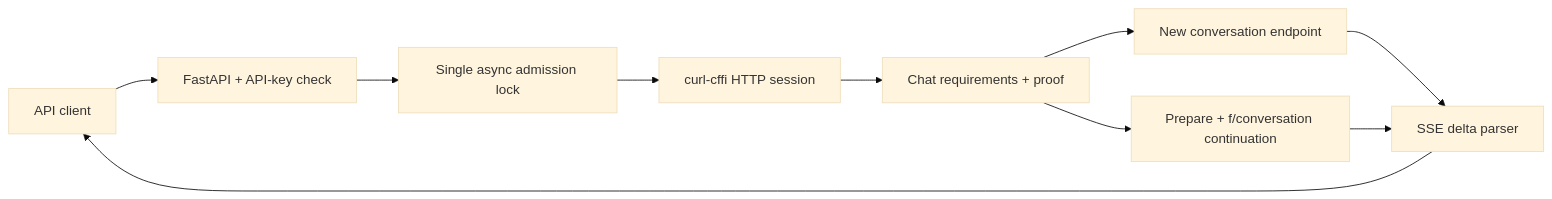
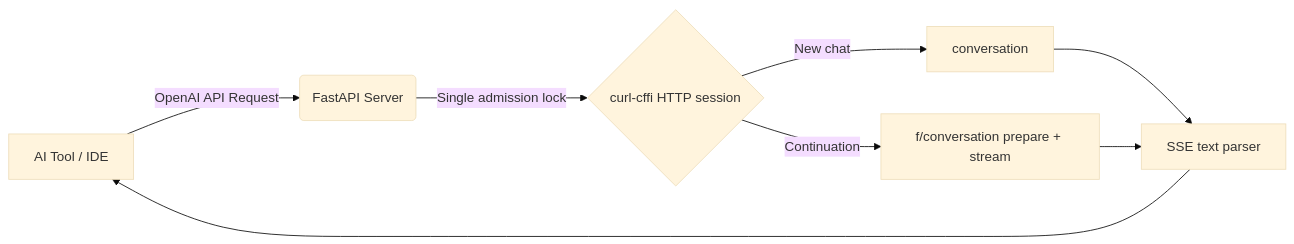
Before and after one commit to yutuknown/codex-auth: the diagram in README.md, drawn with Mermaid (base theme). The commit also changed other lines of this file and 4 other files, not shown here.

````diff
--- a/README.md
+++ b/README.md
@@ -79,12 +144,10 @@
 ```mermaid
-flowchart LR
-    C[API client] --> A[FastAPI + API-key check]
-    A --> L[Single async admission lock]
-    L --> H[curl-cffi HTTP session]
-    H --> S[Chat requirements + proof]
-    S --> N[New conversation endpoint]
-    S --> P[Prepare + f/conversation continuation]
-    N --> E[SSE delta parser]
-    P --> E
-    E --> C
+graph LR
+    A[AI Tool / IDE] -->|OpenAI API Request| B(FastAPI Server)
+    B -->|Single admission lock| C{curl-cffi HTTP session}
+    C -->|New chat| D[conversation]
+    C -->|Continuation| E[f/conversation prepare + stream]
+    D --> F[SSE text parser]
+    E --> F
+    F --> A
 ```
````
